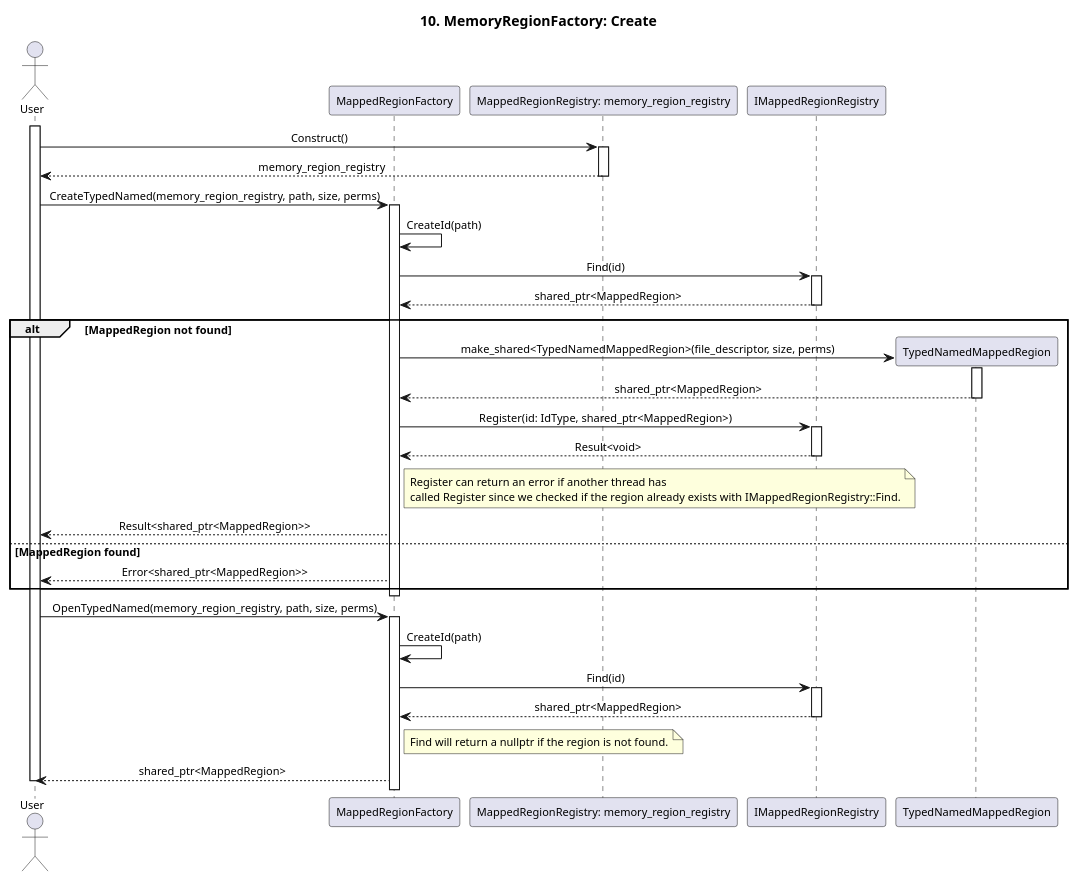
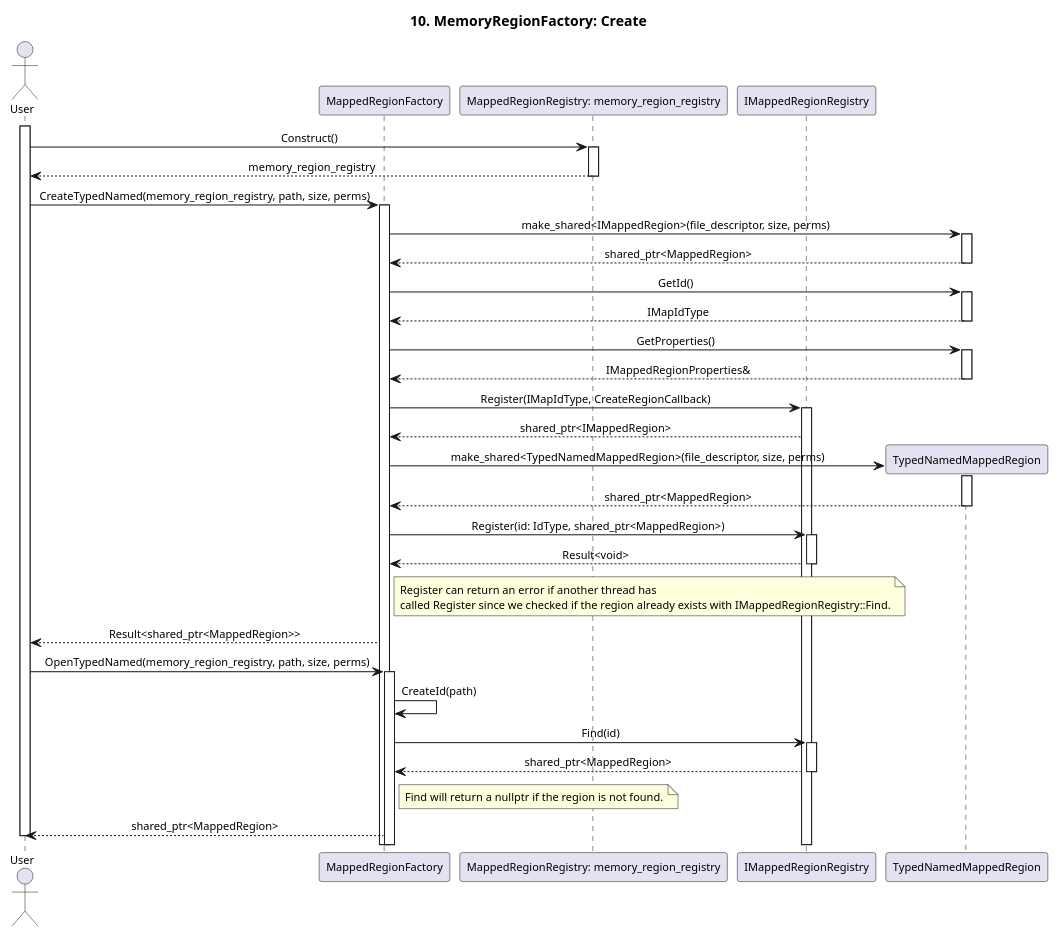
The diagram in score/memory/shared/design/redesign_proposal/assets/seq_10_memory_region_factory_create.puml (eclipse-score/communication), drawn with PlantUML before and after one commit. The commit also changed 11 other files, not shown here.

```diff
--- a/score/memory/shared/design/redesign_proposal/assets/seq_10_memory_region_factory_create.puml
+++ b/score/memory/shared/design/redesign_proposal/assets/seq_10_memory_region_factory_create.puml
@@ -1,77 +1,99 @@
 @startuml seq_10_memory_region_factory_create
 title 10. MemoryRegionFactory: Create
 skinparam defaultFontSize 11
 skinparam sequenceMessageAlign center
 
 actor "User" as User
 participant "MappedRegionFactory" as memory_region_factory
 participant "MappedRegionRegistry: memory_region_registry" as memory_region_registry
 participant "IMappedRegionRegistry" as i_memory_region_registry
 participant "TypedNamedMappedRegion" as mapped_region
 
 activate User
 
 User -> memory_region_registry : Construct()
 activate memory_region_registry
 
 memory_region_registry --> User : memory_region_registry
 deactivate memory_region_registry
 
 User -> memory_region_factory : CreateTypedNamed(memory_region_registry, path, size, perms)
 activate memory_region_factory
 
-memory_region_factory -> memory_region_factory : CreateId(path)
+memory_region_factory -> mapped_region : make_shared<IMappedRegion>(file_descriptor, size, perms)
+activate mapped_region
 
-memory_region_factory -> i_memory_region_registry : Find(id)
+mapped_region --> memory_region_factory : shared_ptr<MappedRegion>
+deactivate mapped_region
+
+memory_region_factory -> mapped_region : GetId()
+activate mapped_region
+
+mapped_region --> memory_region_factory : IMapIdType
+deactivate mapped_region
+
+memory_region_factory -> mapped_region : GetProperties()
+activate mapped_region
+
+mapped_region --> memory_region_factory : IMappedRegionProperties&
+deactivate mapped_region
+
+' memory_region_factory -> i_memory_region_registry : Find(id)
+' activate i_memory_region_registry
+
+' i_memory_region_registry --> memory_region_factory : shared_ptr<MappedRegion>
+
+' deactivate i_memory_region_registry
+
+' alt MappedRegion not found
+
+memory_region_factory -> i_memory_region_registry : Register(IMapIdType, CreateRegionCallback) 
 activate i_memory_region_registry
 
-i_memory_region_registry --> memory_region_factory : shared_ptr<MappedRegion>
+    i_memory_region_registry --> memory_region_factory : shared_ptr<IMappedRegion>
 
-deactivate i_memory_region_registry
-
-alt MappedRegion not found
     create mapped_region
 
     memory_region_factory -> mapped_region : make_shared<TypedNamedMappedRegion>(file_descriptor, size, perms)
     activate mapped_region
 
     mapped_region --> memory_region_factory : shared_ptr<MappedRegion>
     deactivate mapped_region
 
     memory_region_factory -> i_memory_region_registry : Register(id: IdType, shared_ptr<MappedRegion>)
     activate i_memory_region_registry
 
     i_memory_region_registry --> memory_region_factory : Result<void>
     deactivate i_memory_region_registry
 
     note right of memory_region_factory
     Register can return an error if another thread has 
     called Register since we checked if the region already exists with IMappedRegionRegistry::Find.
     end note
 
     memory_region_factory --> User : Result<shared_ptr<MappedRegion>>
-else MappedRegion found
-    memory_region_factory --> User : Error<shared_ptr<MappedRegion>>
-end
-deactivate memory_region_factory
+' else MappedRegion found
+'     memory_region_factory --> User : Error<shared_ptr<MappedRegion>>
+' end
+' deactivate memory_region_factory
 
 User -> memory_region_factory : OpenTypedNamed(memory_region_registry, path, size, perms)
 activate memory_region_factory
 
 memory_region_factory -> memory_region_factory : CreateId(path)
 
 memory_region_factory -> i_memory_region_registry : Find(id)
 activate i_memory_region_registry
 
 i_memory_region_registry --> memory_region_factory : shared_ptr<MappedRegion>
 deactivate i_memory_region_registry
 
 note right of memory_region_factory
     Find will return a nullptr if the region is not found.
 end note
 
 memory_region_factory --> User : shared_ptr<MappedRegion>
 
 deactivate User
 
 @enduml
```
